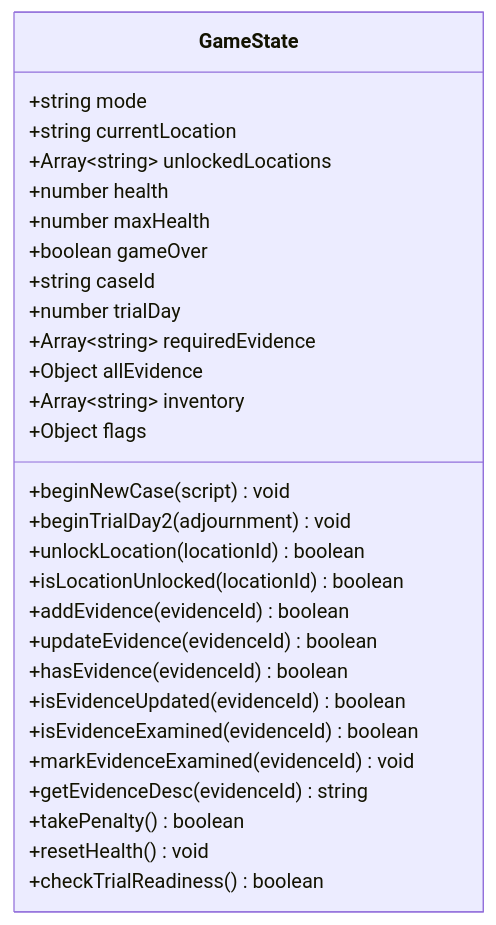
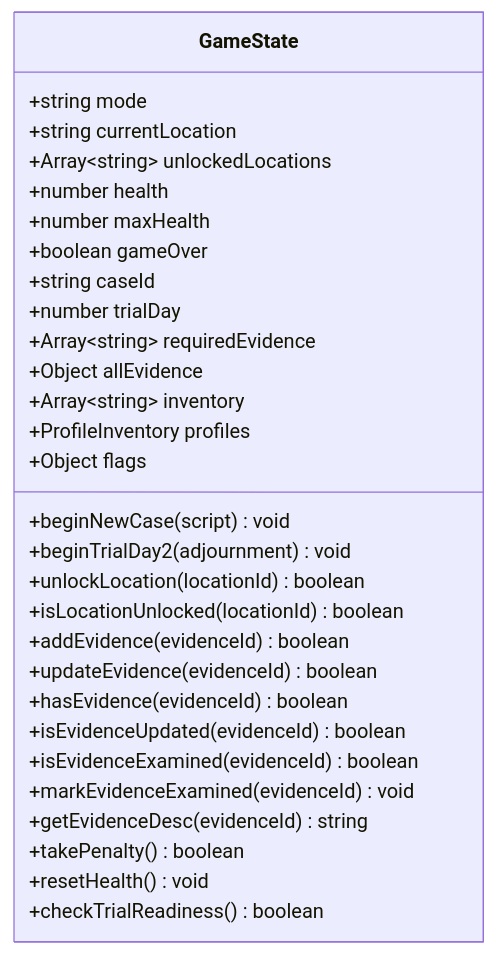
The diagram in docs/architecture/game-state.md (luisoncpp/aa-chapulin), drawn with Mermaid before and after one commit. The commit also changed other lines of this file and 177 other files, not shown here.

````diff
--- a/docs/architecture/game-state.md
+++ b/docs/architecture/game-state.md
@@ -13,31 +13,32 @@
 ```mermaid
 classDiagram
     class GameState {
         +string mode
         +string currentLocation
         +Array~string~ unlockedLocations
         +number health
         +number maxHealth
         +boolean gameOver
         +string caseId
         +number trialDay
         +Array~string~ requiredEvidence
         +Object allEvidence
         +Array~string~ inventory
+        +ProfileInventory profiles
         +Object flags
         +beginNewCase(script) void
         +beginTrialDay2(adjournment) void
         +unlockLocation(locationId) boolean
         +isLocationUnlocked(locationId) boolean
         +addEvidence(evidenceId) boolean
         +updateEvidence(evidenceId) boolean
         +hasEvidence(evidenceId) boolean
         +isEvidenceUpdated(evidenceId) boolean
         +isEvidenceExamined(evidenceId) boolean
         +markEvidenceExamined(evidenceId) void
         +getEvidenceDesc(evidenceId) string
         +takePenalty() boolean
         +resetHealth() void
         +checkTrialReadiness() boolean
     }
 ```
````
